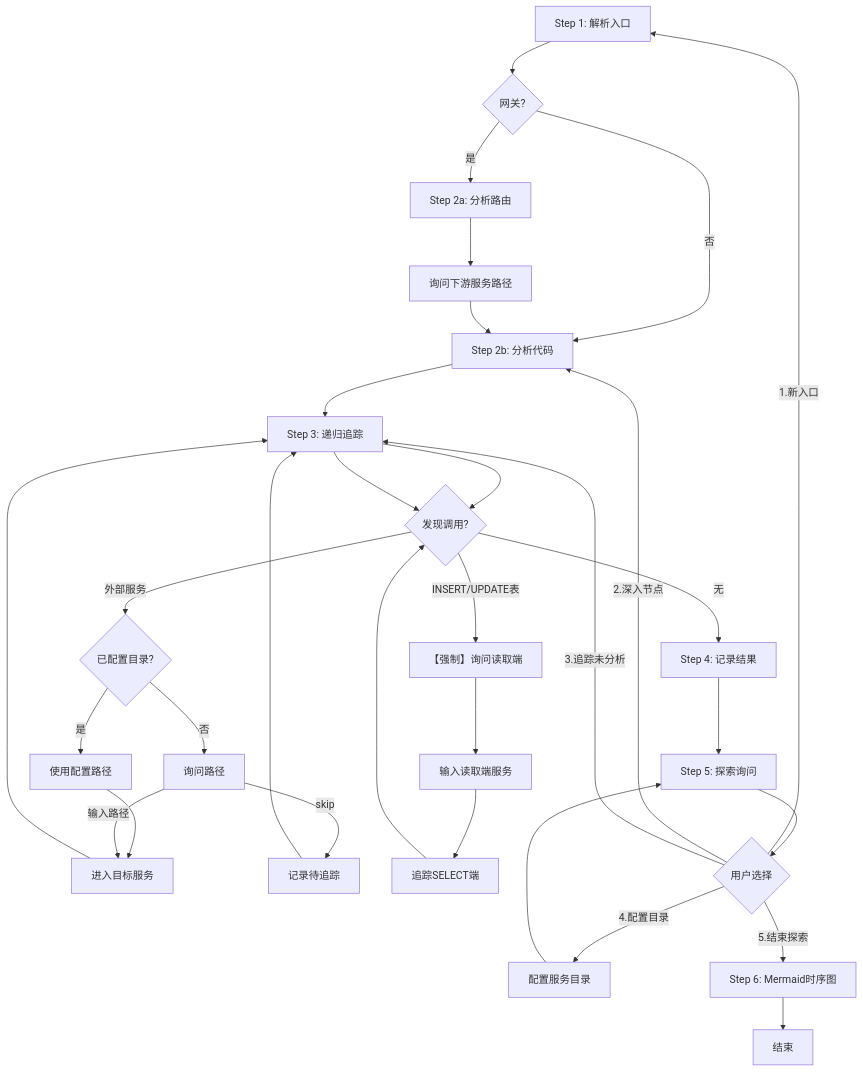
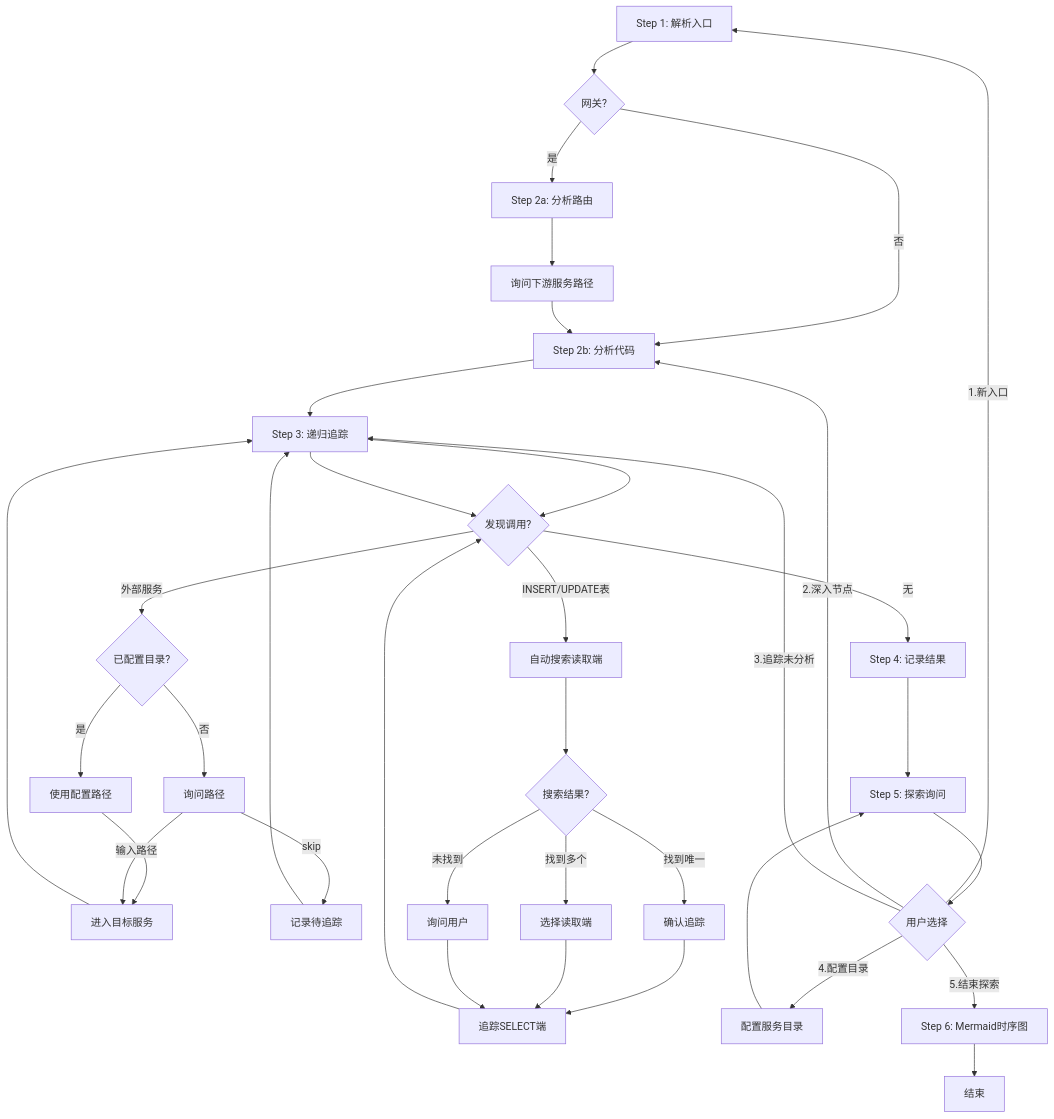
The first of 2 diagrams in SKILL.md (yves960/flow-trace), drawn with Mermaid before and after one commit. The commit also changed other lines of this file and 1 other file, not shown here.

````diff
--- a/SKILL.md
+++ b/SKILL.md
@@ -64,40 +64,45 @@
 ```mermaid
 flowchart TB
     Step1[Step 1: 解析入口] --> Step2{网关?}
     Step2 -->|是| GW[Step 2a: 分析路由]
     Step2 -->|否| Service[Step 2b: 分析代码]
     GW --> Ask[询问下游服务路径]
     Ask --> Service
     
     Service --> Step3[Step 3: 递归追踪]
     Step3 --> FoundCall{发现调用?}
     
     FoundCall -->|外部服务| CheckConfig{已配置目录?}
     CheckConfig -->|是| UseConfig[使用配置路径]
     CheckConfig -->|否| AskPath[询问路径]
     UseConfig --> Step3b[进入目标服务]
     AskPath -->|输入路径| Step3b
     AskPath -->|skip| Record[记录待追踪]
     
-    FoundCall -->|INSERT/UPDATE表| AskReader[【强制】询问读取端]
-    AskReader --> InputReader[输入读取端服务]
-    InputReader --> Step3c[追踪SELECT端]
+    FoundCall -->|INSERT/UPDATE表| AutoSearch[自动搜索读取端]
+    AutoSearch --> SearchResult{搜索结果?}
+    SearchResult -->|找到唯一| Confirm[确认追踪]
+    SearchResult -->|找到多个| SelectOne[选择读取端]
+    SearchResult -->|未找到| AskReader[询问用户]
+    Confirm --> Step3c[追踪SELECT端]
+    SelectOne --> Step3c
+    AskReader --> Step3c
     Step3c --> FoundCall
     
     FoundCall -->|无| Step4[Step 4: 记录结果]
     Step3b --> Step3
     Record --> Step3
     Step3 --> FoundCall
     
     Step4 --> Step5[Step 5: 探索询问]
     
     Step5 --> Choice{用户选择}
     Choice -->|1.新入口| Step1
     Choice -->|2.深入节点| Service
     Choice -->|3.追踪未分析| Step3
     Choice -->|4.配置目录| Config[配置服务目录]
     Config --> Step5
     Choice -->|5.结束探索| Step6[Step 6: Mermaid时序图]
     
     Step6 --> End[结束]
 ```
````
